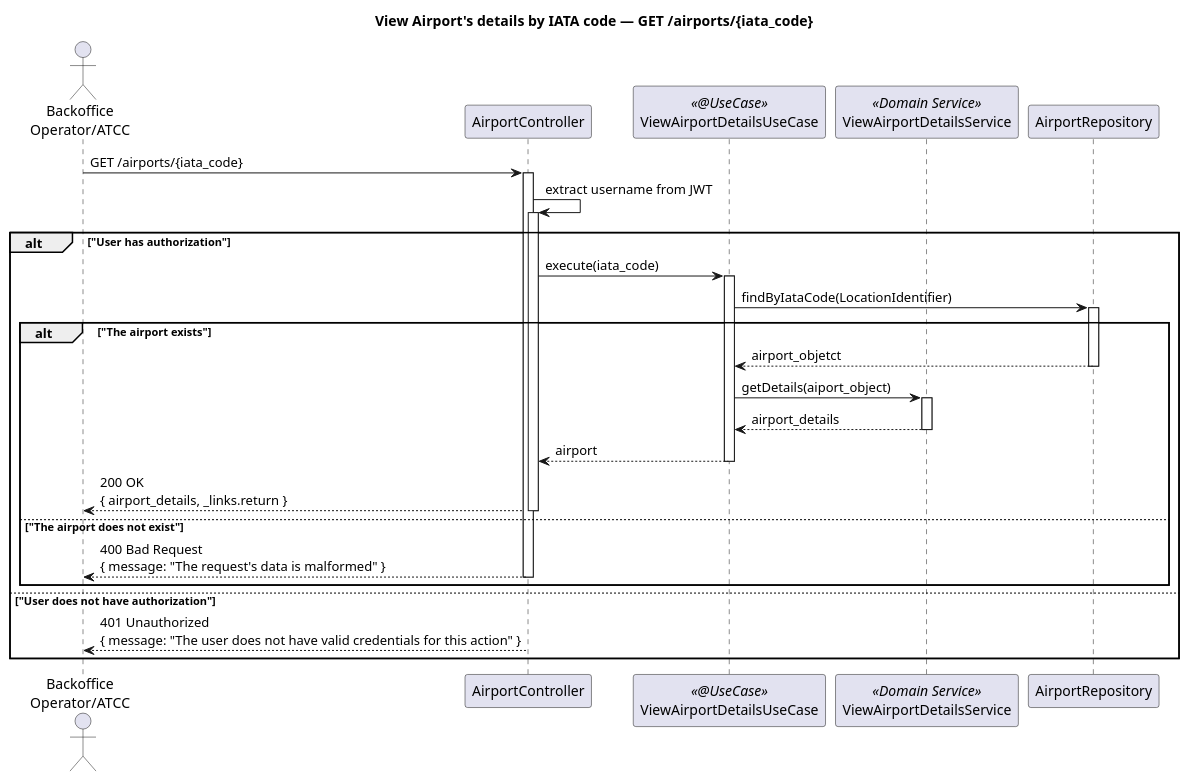
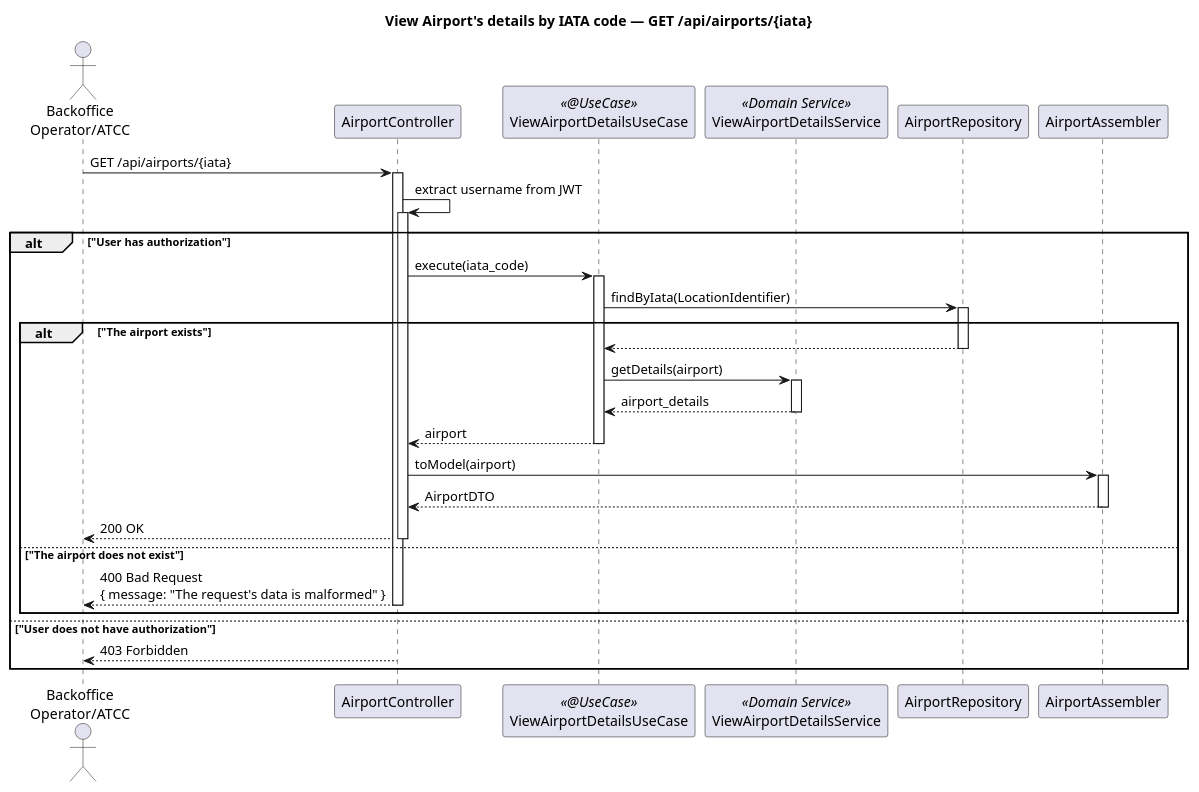
One commit to miguelsiilva1/PSOFT_1241008_1241131_1200858_1210977 changed the diagram in docs/system-documentation/WP#2A/US107/US107_SD/US107_SD.puml. Above: the diagram before and after it, drawn with PlantUML. The commit also changed 60 other files, not shown here.

```diff
--- a/docs/system-documentation/WP#2A/US107/US107_SD/US107_SD.puml
+++ b/docs/system-documentation/WP#2A/US107/US107_SD/US107_SD.puml
@@ -1,32 +1,37 @@
 @startuml
-title View Airport's details by IATA code — GET /airports/{iata_code}
+title View Airport's details by IATA code — GET /api/airports/{iata}
 
 autoactivate on
 
 actor "Backoffice\nOperator/ATCC" as BOATCC
 participant AirportController
 participant ViewAirportDetailsUseCase <<@UseCase>>
 participant ViewAirportDetailsService <<Domain Service>>
 participant AirportRepository
+participant AirportAssembler
 
-BOATCC -> AirportController : GET /airports/{iata_code}
+BOATCC -> AirportController : GET /api/airports/{iata}
 
 AirportController -> AirportController : extract username from JWT
 alt "User has authorization"
     AirportController -> ViewAirportDetailsUseCase : execute(iata_code)
-        ViewAirportDetailsUseCase -> AirportRepository : findByIataCode(LocationIdentifier)
+        ViewAirportDetailsUseCase -> AirportRepository : findByIata(LocationIdentifier)
         alt "The airport exists"
-            AirportRepository --> ViewAirportDetailsUseCase : airport_objetct
-            ViewAirportDetailsUseCase -> ViewAirportDetailsService : getDetails(aiport_object)
+            AirportRepository --> ViewAirportDetailsUseCase :
+            ViewAirportDetailsUseCase -> ViewAirportDetailsService : getDetails(airport)
             ViewAirportDetailsService --> ViewAirportDetailsUseCase : airport_details
             ViewAirportDetailsUseCase --> AirportController : airport
-            AirportController --> BOATCC : 200 OK\n{ airport_details, _links.return }
+            
+            AirportController -> AirportAssembler : toModel(airport)
+            return AirportDTO
+            
+            AirportController --> BOATCC : 200 OK
         else "The airport does not exist"
             AirportController --> BOATCC : 400 Bad Request\n{ message: "The request's data is malformed" }
         end
 
 else "User does not have authorization"
-    AirportController --> BOATCC : 401 Unauthorized\n{ message: "The user does not have valid credentials for this action" }
+    AirportController --> BOATCC : 403 Forbidden
 end
 
 @enduml
```
